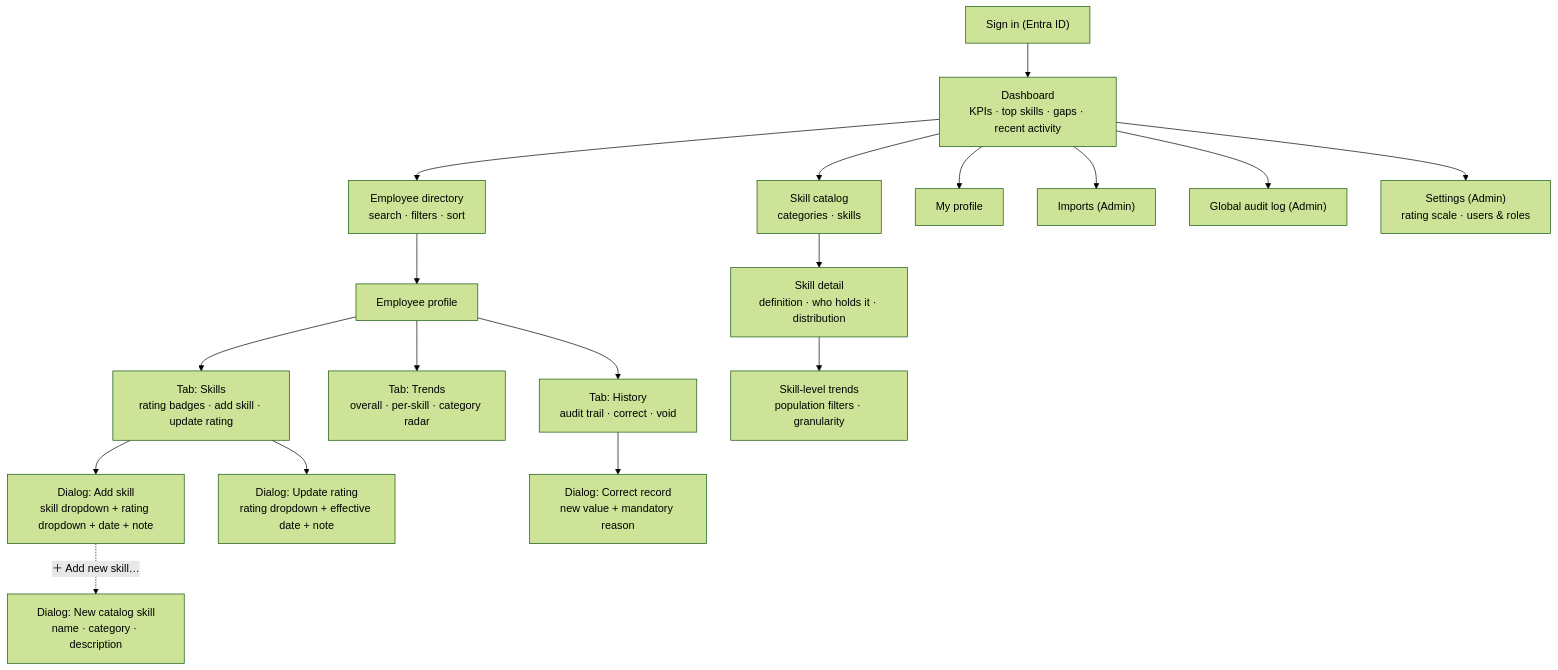
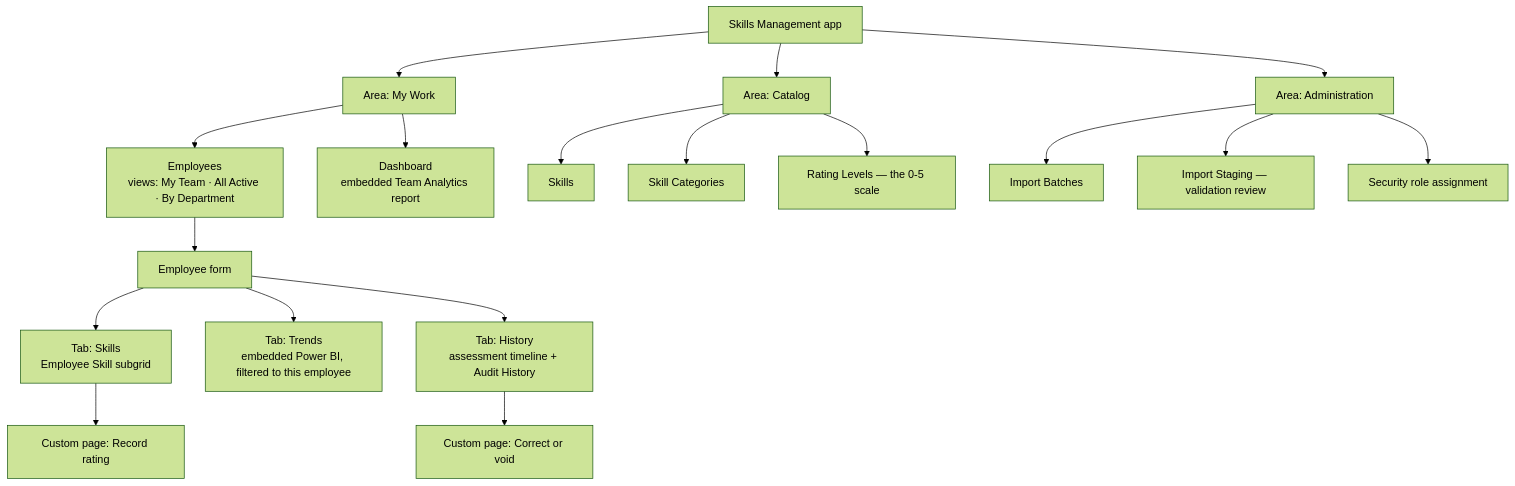
One commit to Santoshb091651/Skills-Competency-Management changed the sixth of 8 diagrams in ARCHITECTURE.md. Above: the diagram before and after it, drawn with Mermaid (forest theme). The commit also changed other lines of this file and 1 other file, not shown here.

Commit message:
platform constraints: use only Power Apps, Power BI and data verse

````diff
--- a/ARCHITECTURE.md
+++ b/ARCHITECTURE.md
@@ -730,24 +566,27 @@
 ```mermaid
 flowchart TD
-    LOGIN["Sign in (Entra ID)"] --> DASH["Dashboard<br/>KPIs · top skills · gaps · recent activity"]
+    APP["Skills Management app"]
 
-    DASH --> DIR["Employee directory<br/>search · filters · sort"]
-    DASH --> CAT["Skill catalog<br/>categories · skills"]
-    DASH --> MYP["My profile"]
-    DASH --> IMP["Imports (Admin)"]
-    DASH --> AUD["Global audit log (Admin)"]
-    DASH --> SET["Settings (Admin)<br/>rating scale · users &amp; roles"]
+    APP --> A1["Area: My Work"]
+    APP --> A2["Area: Catalog"]
+    APP --> A3["Area: Administration"]
 
-    DIR --> PROF["Employee profile"]
-    PROF --> TSK["Tab: Skills<br/>rating badges · add skill · update rating"]
-    PROF --> TTR["Tab: Trends<br/>overall · per-skill · category radar"]
-    PROF --> THI["Tab: History<br/>audit trail · correct · void"]
+    A1 --> V1["Employees<br/>views: My Team · All Active · By Department"]
+    A1 --> V2["Dashboard<br/>embedded Team Analytics report"]
+    V1 --> F1["Employee form"]
 
-    TSK --> DLG1["Dialog: Add skill<br/>skill dropdown + rating dropdown + date + note"]
-    TSK --> DLG2["Dialog: Update rating<br/>rating dropdown + effective date + note"]
-    THI --> DLG3["Dialog: Correct record<br/>new value + mandatory reason"]
+    F1 --> T1["Tab: Skills<br/>Employee Skill subgrid"]
+    F1 --> T2["Tab: Trends<br/>embedded Power BI, filtered to this employee"]
+    F1 --> T3["Tab: History<br/>assessment timeline + Audit History"]
 
-    CAT --> SKD["Skill detail<br/>definition · who holds it · distribution"]
-    SKD --> STR["Skill-level trends<br/>population filters · granularity"]
-    DLG1 -.->|"＋ Add new skill…"| NEWSK["Dialog: New catalog skill<br/>name · category · description"]
+    T1 --> CP1["Custom page: Record rating"]
+    T3 --> CP2["Custom page: Correct or void"]
+
+    A2 --> V3["Skills"]
+    A2 --> V4["Skill Categories"]
+    A2 --> V5["Rating Levels — the 0-5 scale"]
+
+    A3 --> V6["Import Batches"]
+    A3 --> V7["Import Staging — validation review"]
+    A3 --> V8["Security role assignment"]
 ```
````
